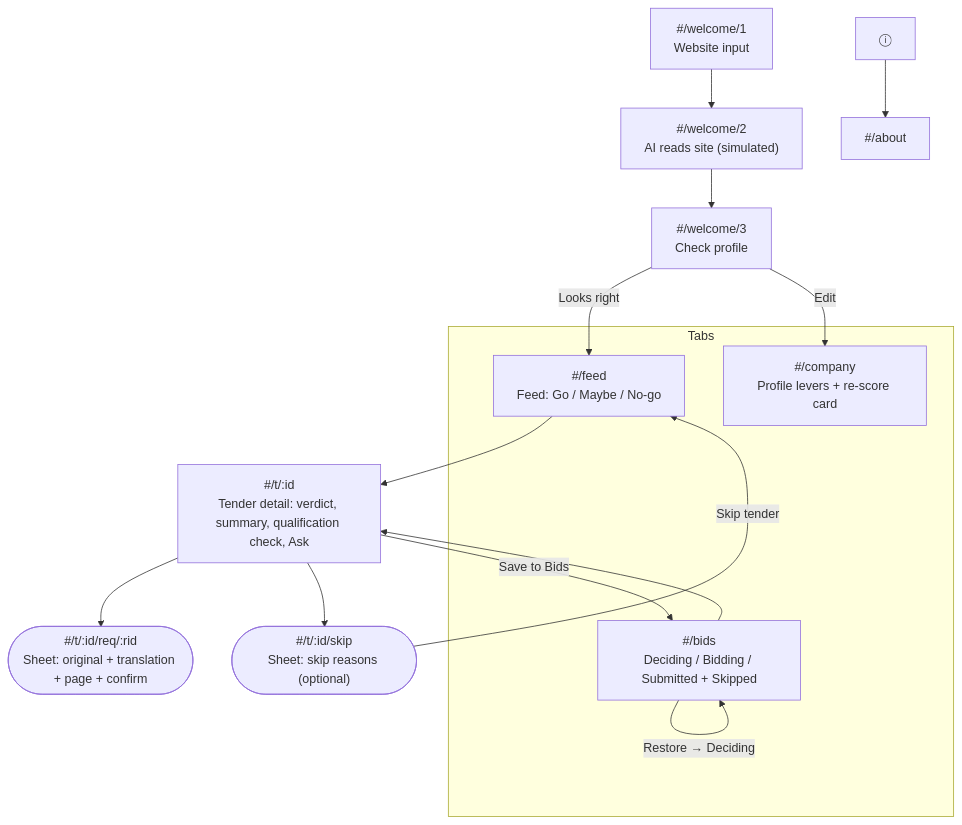
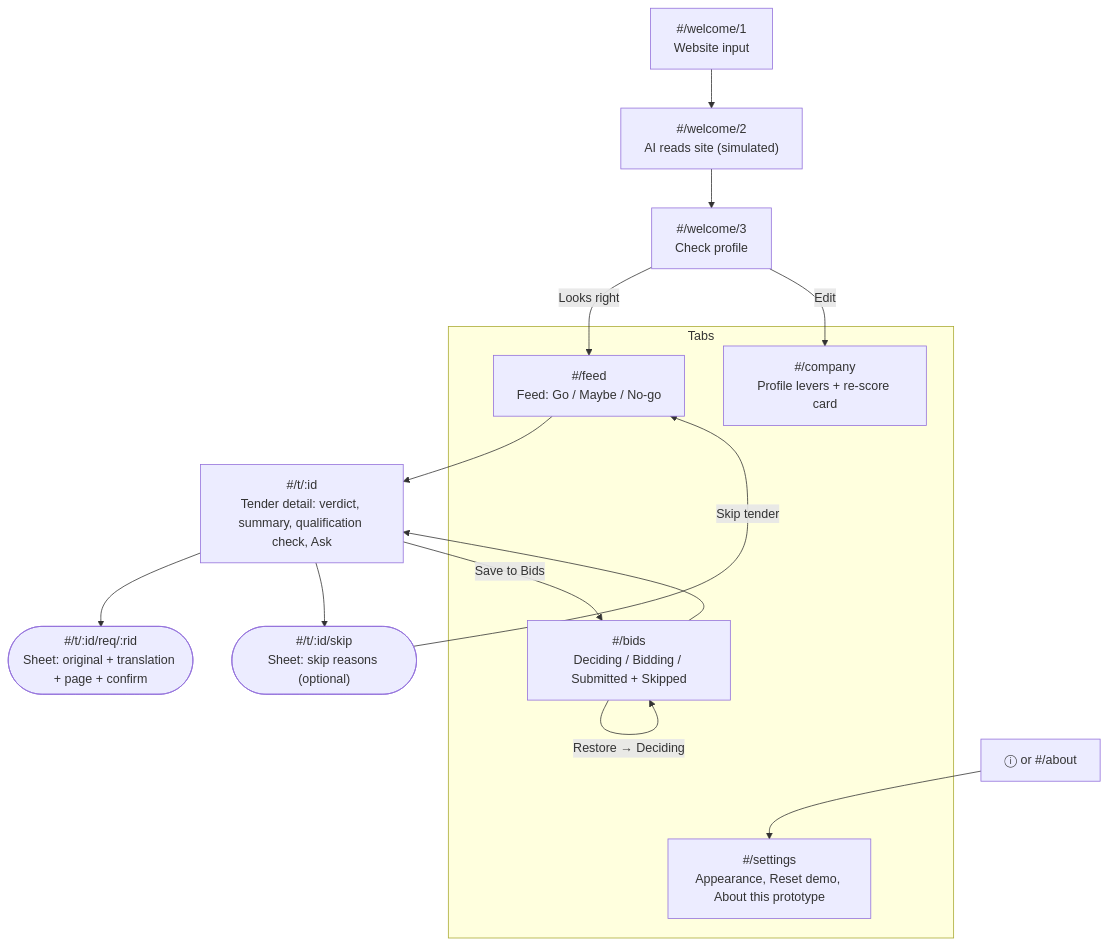
Before and after one commit to pioche8/ESCP-2627DT-C1: the diagram in docs/NAVIGATION.md, drawn with Mermaid. The commit also changed other lines of this file and 12 other files, not shown here.

First line of the commit message:
Settings tab: About becomes the fourth tab

````diff
--- a/docs/NAVIGATION.md
+++ b/docs/NAVIGATION.md
@@ -21,19 +24,20 @@
 ```mermaid
 flowchart TD
   W1["#/welcome/1<br/>Website input"] --> W2["#/welcome/2<br/>AI reads site (simulated)"] --> W3["#/welcome/3<br/>Check profile"]
   W3 -- "Looks right" --> F
   W3 -- "Edit" --> C
   subgraph Tabs
     F["#/feed<br/>Feed: Go / Maybe / No-go"]
     B["#/bids<br/>Deciding / Bidding / Submitted + Skipped"]
     C["#/company<br/>Profile levers + re-score card"]
+    ST["#/settings<br/>Appearance, Reset demo, About this prototype"]
   end
   F --> D["#/t/:id<br/>Tender detail: verdict, summary, qualification check, Ask"]
   D --> RS(["#/t/:id/req/:rid<br/>Sheet: original + translation + page + confirm"])
   D --> SK(["#/t/:id/skip<br/>Sheet: skip reasons (optional)"])
   D -- "Save to Bids" --> B
   SK -- "Skip tender" --> F
   B --> D
   B -- "Restore → Deciding" --> B
-  ANY["ⓘ"] --> A["#/about"]
+  ANY["ⓘ or #/about"] --> ST
 ```
````
